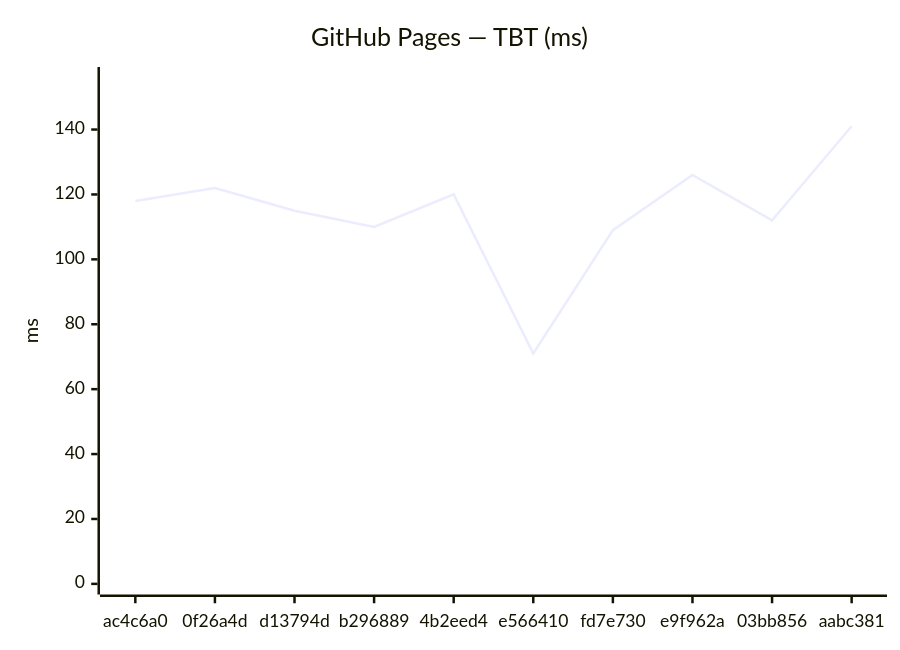
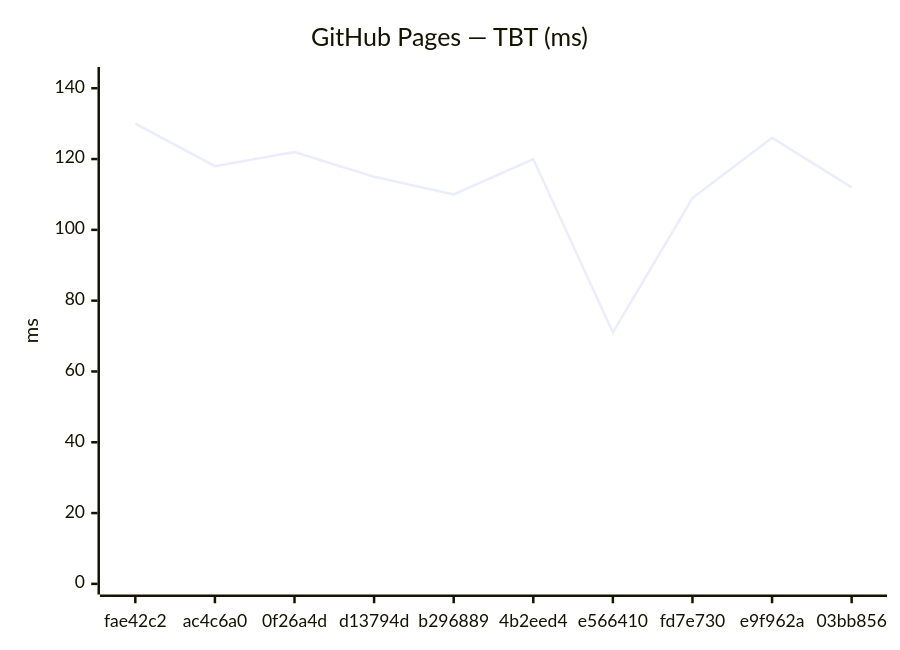
One commit to Metaheurist/Rianell changed the fourth of 18 diagrams in benchmarks/compare.md. Above: the diagram before and after it, drawn with Mermaid. The commit also changed other lines of this file and 11 other files, not shown here.

````diff
--- a/benchmarks/compare.md
+++ b/benchmarks/compare.md
@@ -61,7 +61,7 @@
 ```mermaid
 xychart-beta
     title "GitHub Pages — TBT (ms)"
-    x-axis ["ac4c6a0", "0f26a4d", "d13794d", "b296889", "4b2eed4", "e566410", "fd7e730", "e9f962a", "03bb856", "aabc381"]
-    y-axis "ms" 0 --> 156
-    line [118, 122, 115, 110, 120, 71, 109, 126, 112, 141]
+    x-axis ["fae42c2", "ac4c6a0", "0f26a4d", "d13794d", "b296889", "4b2eed4", "e566410", "fd7e730", "e9f962a", "03bb856"]
+    y-axis "ms" 0 --> 143
+    line [130, 118, 122, 115, 110, 120, 71, 109, 126, 112]
 ```
````
